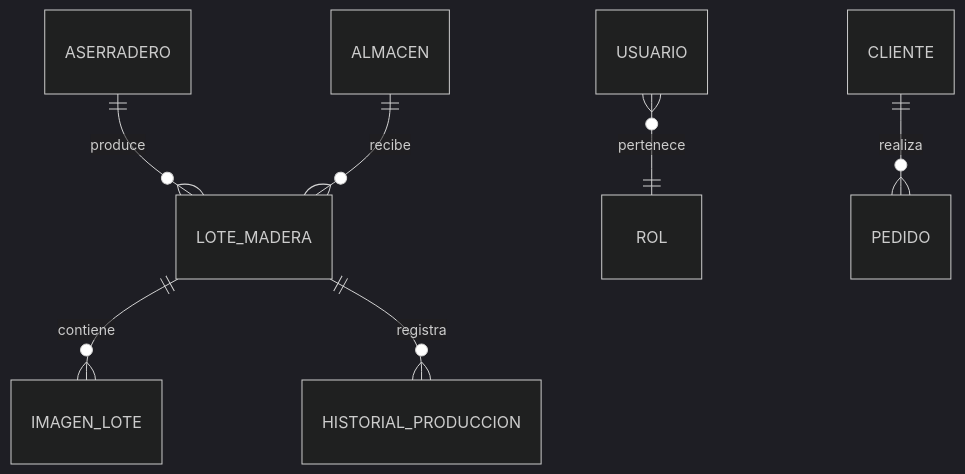
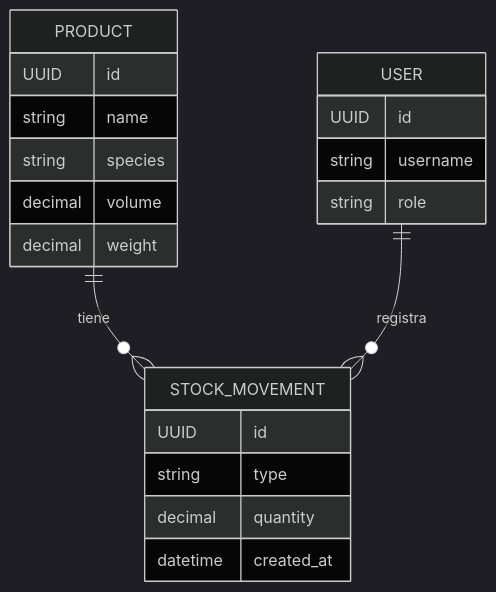
One commit to priscilo/QuantaWood changed the second of 3 diagrams in readme.md. Above: the diagram before and after it, drawn with Mermaid (dark theme). The commit also changed other lines of this file, not shown here.

Commit message:
Actualización del readme con diagramas y arquitectura mejorada

````diff
--- a/readme.md
+++ b/readme.md
@@ -78,9 +81,25 @@
 ```mermaid
 erDiagram
-  ASERRADERO ||--o{ LOTE_MADERA : produce
-  LOTE_MADERA ||--o{ IMAGEN_LOTE : contiene
-  LOTE_MADERA ||--o{ HISTORIAL_PRODUCCION : registra
-  ALMACEN ||--o{ LOTE_MADERA : recibe
-  USUARIO }o--|| ROL : pertenece
-  CLIENTE ||--o{ PEDIDO : realiza
+    PRODUCT ||--o{ STOCK_MOVEMENT : tiene
+    PRODUCT {
+        UUID id
+        string name
+        string species
+        decimal volume
+        decimal weight
+    }
+
+    STOCK_MOVEMENT {
+        UUID id
+        string type
+        decimal quantity
+        datetime created_at
+    }
+
+    USER ||--o{ STOCK_MOVEMENT : registra
+    USER {
+        UUID id
+        string username
+        string role
+    }
 ```
````
